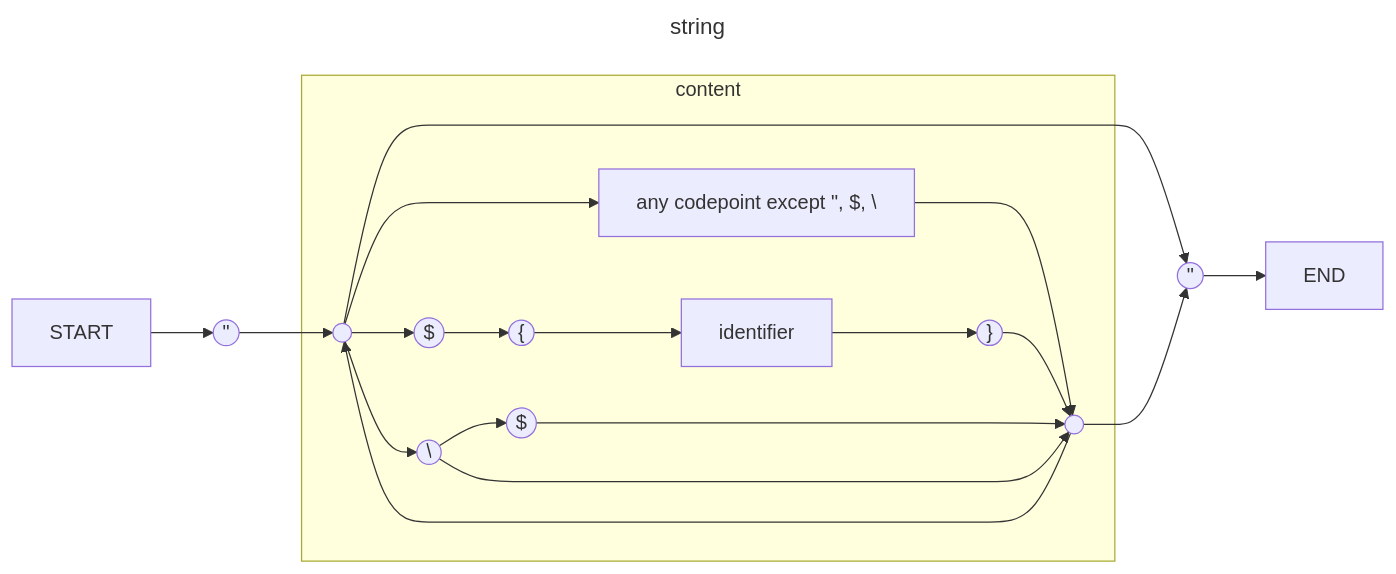
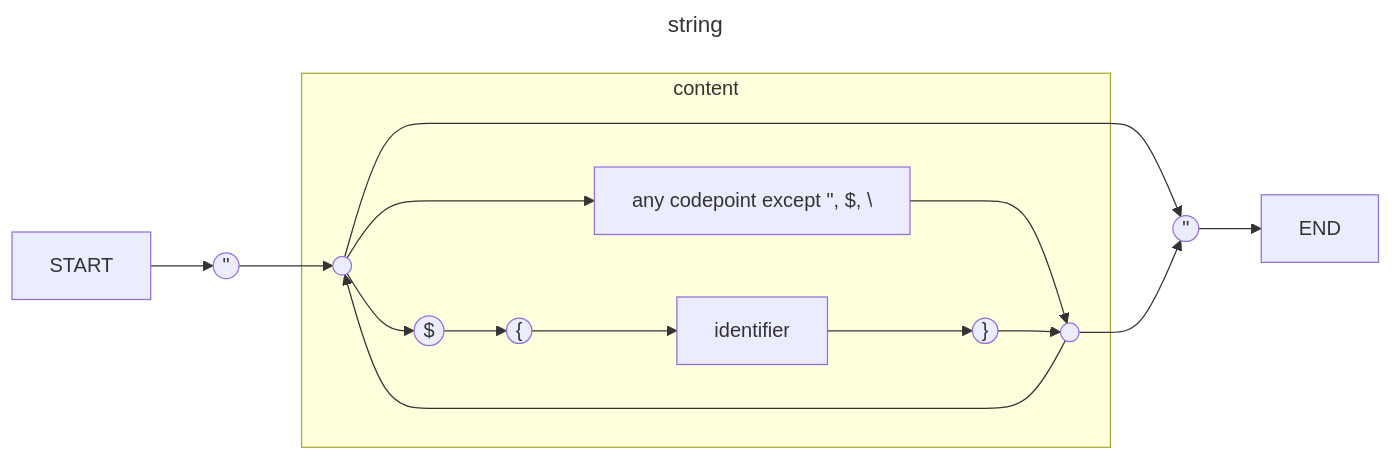
Before and after one commit to rchuk/markerml: diagram 11 of 15 in README.md, drawn with Mermaid. The commit also changed other lines of this file, not shown here.

````diff
--- a/README.md
+++ b/README.md
@@ -538,51 +538,45 @@
 ```mermaid
 ---
 title: string
 ---
 graph LR;
     START:::hidden
     END:::hidden
     
     open(("&quot"))
     close(("&quot"))
     subgraph content
         content_start(( ))
         content_end(( ))
         
         any[any codepoint except &quot, $, \]
         dollar(($))
-        backslash((\))
-        escaped_dollar(($))
         curly_open(("{"))
         curly_close(("}")) 
         identifier
     end
     
     %% open
     START --> open
     open --> content_start
      
     %% content
     content_start --> any
     content_start --> dollar
     content_start --> close
-    content_start --> backslash
     
     any ---> content_end
     dollar --> curly_open
     
     curly_open --> identifier
     identifier --> curly_close
     curly_close --> content_end
     
-    backslash --> escaped_dollar
-    escaped_dollar ----> content_end
-    backslash --> content_end
     
     content_end --> content_start
     content_end --> close
     
     %% close
     close --> END
     
 ```
````
